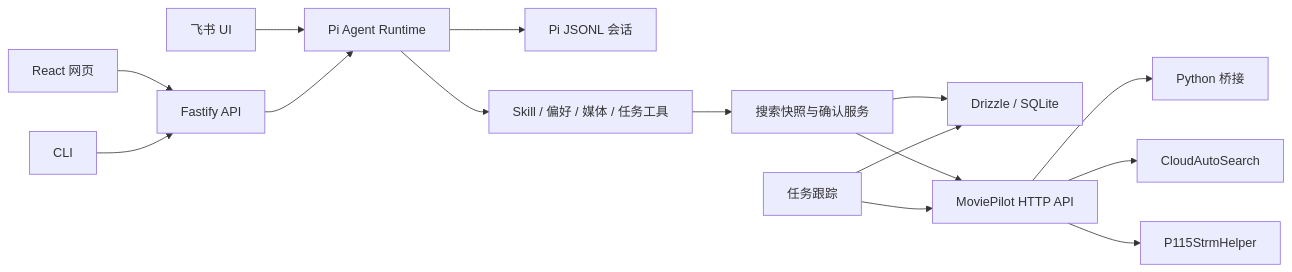
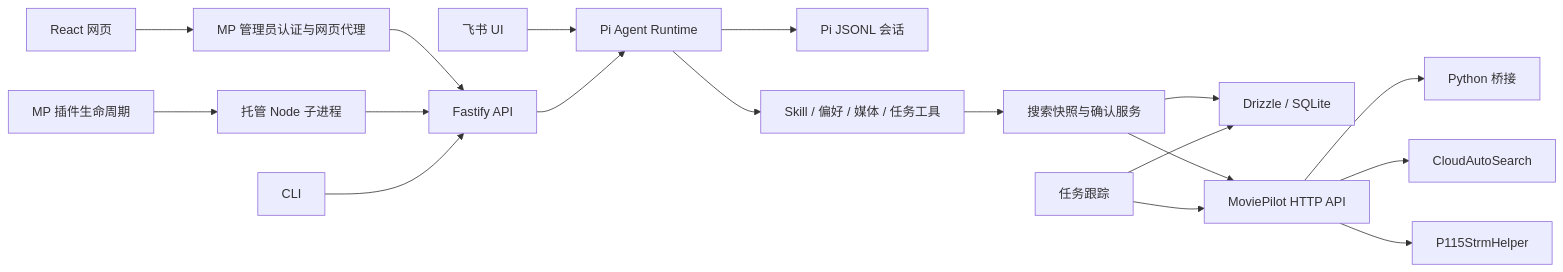
The first of 2 diagrams in docs/architecture.md (Tsutomu-miku/MoviePilot-PiAgent), drawn with Mermaid before and after one commit. The commit also changed other lines of this file and 31 other files, not shown here.

````diff
--- a/docs/architecture.md
+++ b/docs/architecture.md
@@ -7,17 +7,20 @@
 ```mermaid
 flowchart LR
-  Web[React 网页] --> API[Fastify API]
+  Web[React 网页] --> Proxy[MP 管理员认证与网页代理]
+  Proxy --> API[Fastify API]
+  Plugin[MP 插件生命周期] --> Process[托管 Node 子进程]
+  Process --> API
   CLI[CLI] --> API
   Feishu[飞书 UI] --> Runtime[Pi Agent Runtime]
   API --> Runtime
   Runtime --> Sessions[Pi JSONL 会话]
   Runtime --> Capabilities[Skill / 偏好 / 媒体 / 任务工具]
   Capabilities --> Services[搜索快照与确认服务]
   Services --> DB[Drizzle / SQLite]
   Services --> MP[MoviePilot HTTP API]
   Tracker[任务跟踪] --> MP
   Tracker --> DB
   MP --> Bridge[Python 桥接]
   MP --> RSS[CloudAutoSearch]
   MP --> Helper[P115StrmHelper]
 ```
````
